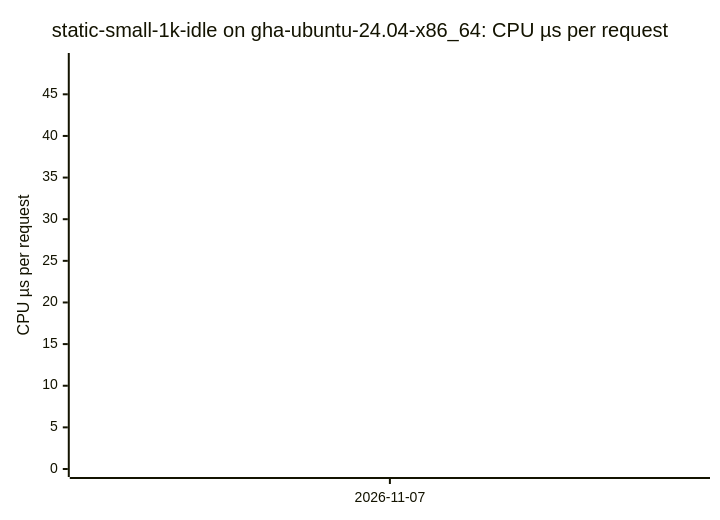
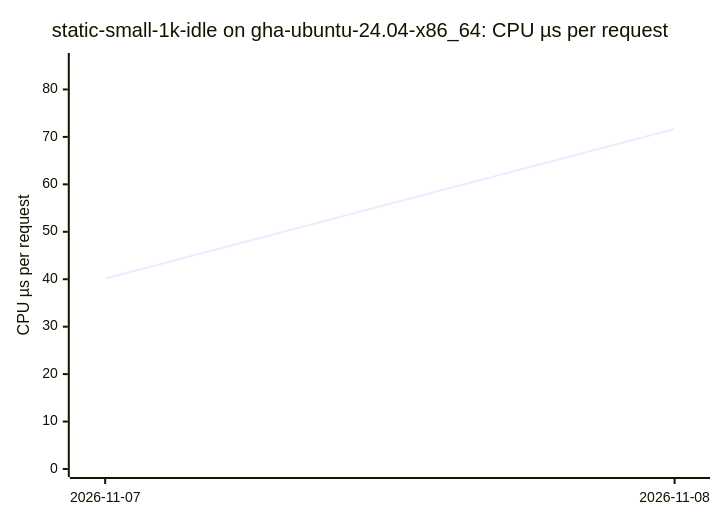
The eighth of 16 diagrams in BENCHMARKS.md (ThePixelPilgrim/durchlauferhitzer), drawn with Mermaid before and after one commit. The commit also changed other lines of this file and 1 other file, not shown here.

````diff
--- a/BENCHMARKS.md
+++ b/BENCHMARKS.md
@@ -95,7 +95,7 @@
 ```mermaid
 xychart-beta
   title "static-small-1k-idle on gha-ubuntu-24.04-x86_64: CPU µs per request"
-  x-axis ["2026-11-07"]
-  y-axis "CPU µs per request" 0 --> 49
-  line [40.14]
+  x-axis ["2026-11-07", "2026-11-08"]
+  y-axis "CPU µs per request" 0 --> 86
+  line [40.14, 71.65]
 ```
````
